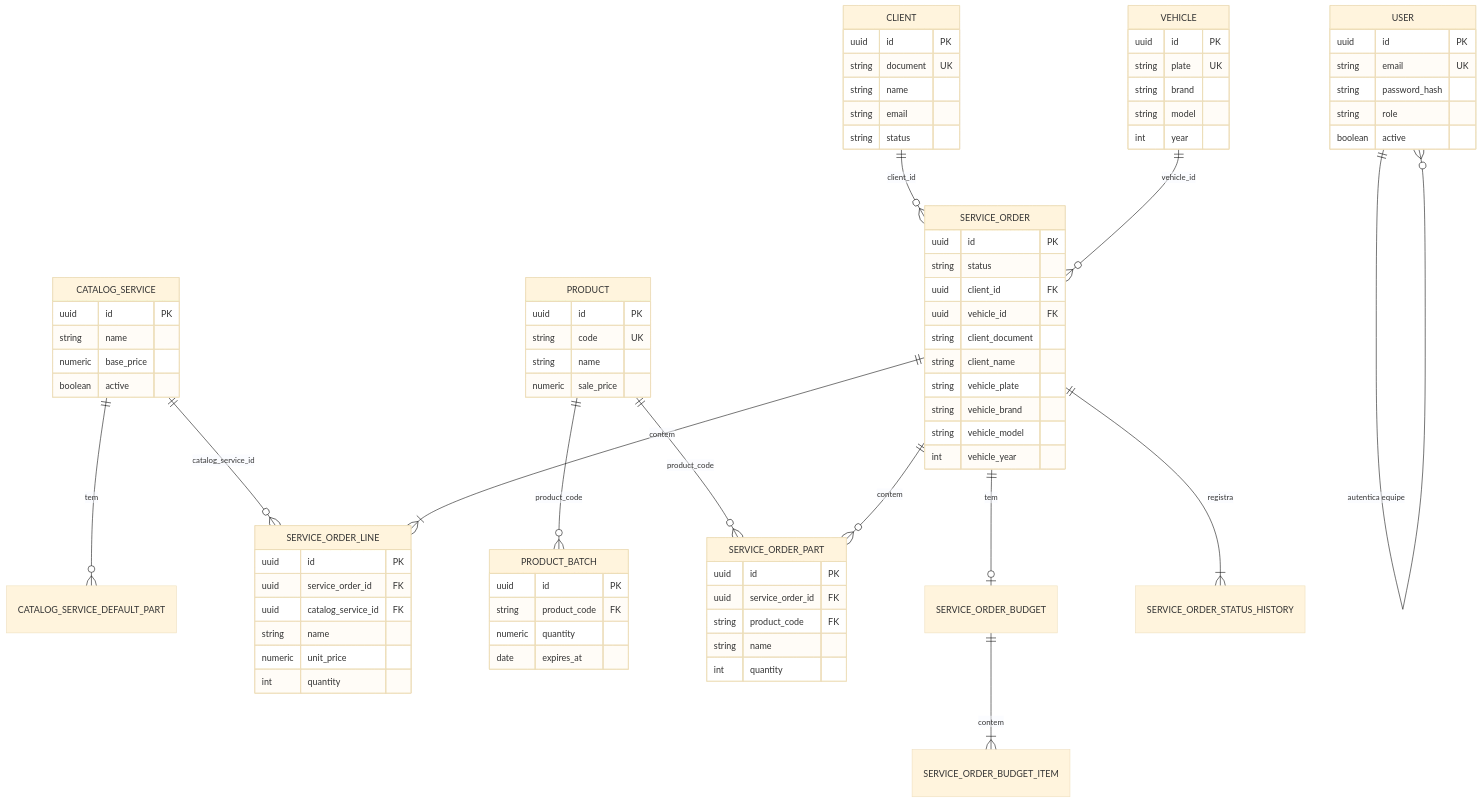
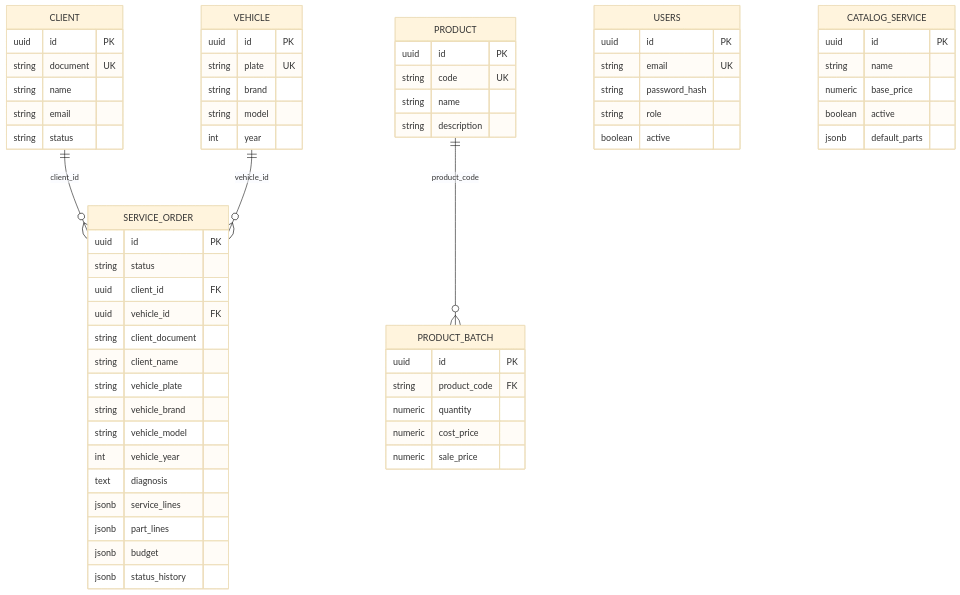
Before and after one commit to tech-challenge-pos-fiap-debora/app: the diagram in docs/modelo-de-dados.md, drawn with Mermaid (base theme). The commit also changed other lines of this file and 8 other files, not shown here.

````diff
--- a/docs/modelo-de-dados.md
+++ b/docs/modelo-de-dados.md
@@ -13,19 +25,10 @@
 ```mermaid
 erDiagram
-    USER ||--o{ USER : "autentica equipe"
     CLIENT ||--o{ SERVICE_ORDER : "client_id"
     VEHICLE ||--o{ SERVICE_ORDER : "vehicle_id"
-    CATALOG_SERVICE ||--o{ CATALOG_SERVICE_DEFAULT_PART : "tem"
-    CATALOG_SERVICE ||--o{ SERVICE_ORDER_LINE : "catalog_service_id"
     PRODUCT ||--o{ PRODUCT_BATCH : "product_code"
-    PRODUCT ||--o{ SERVICE_ORDER_PART : "product_code"
-    SERVICE_ORDER ||--|{ SERVICE_ORDER_LINE : "contem"
-    SERVICE_ORDER ||--o{ SERVICE_ORDER_PART : "contem"
-    SERVICE_ORDER ||--o| SERVICE_ORDER_BUDGET : "tem"
-    SERVICE_ORDER ||--|{ SERVICE_ORDER_STATUS_HISTORY : "registra"
-    SERVICE_ORDER_BUDGET ||--|{ SERVICE_ORDER_BUDGET_ITEM : "contem"
 
-    USER {
+    USERS {
         uuid id PK
         string email UK
         string password_hash
@@ -53,14 +56,15 @@
         uuid id PK
         string code UK
         string name
-        numeric sale_price
+        string description
     }
 
     PRODUCT_BATCH {
         uuid id PK
         string product_code FK
         numeric quantity
-        date expires_at
+        numeric cost_price
+        numeric sale_price
     }
 
     CATALOG_SERVICE {
@@ -68,6 +72,7 @@
         string name
         numeric base_price
         boolean active
+        jsonb default_parts
     }
 
     SERVICE_ORDER {
@@ -81,22 +86,10 @@
         string vehicle_brand
         string vehicle_model
         int vehicle_year
-    }
-
-    SERVICE_ORDER_LINE {
-        uuid id PK
-        uuid service_order_id FK
-        uuid catalog_service_id FK
-        string name
-        numeric unit_price
-        int quantity
-    }
-
-    SERVICE_ORDER_PART {
-        uuid id PK
-        uuid service_order_id FK
-        string product_code FK
-        string name
-        int quantity
+        text diagnosis
+        jsonb service_lines
+        jsonb part_lines
+        jsonb budget
+        jsonb status_history
     }
 ```
````
